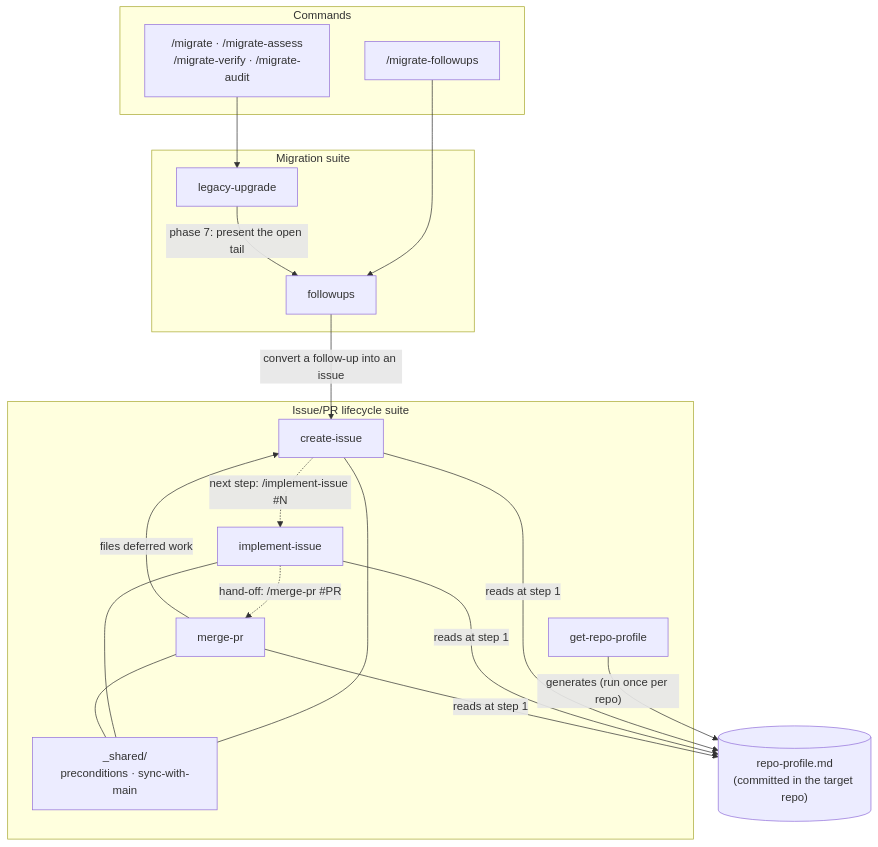
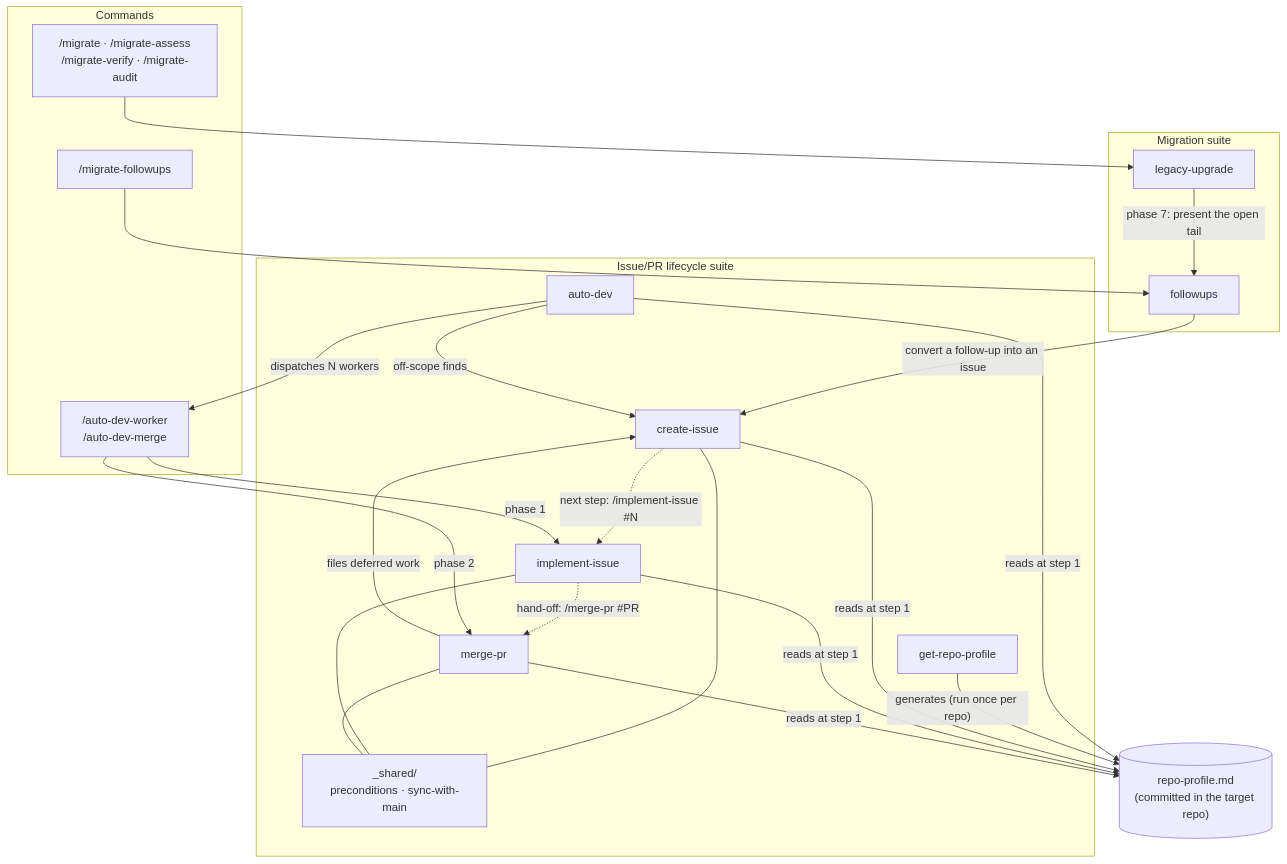
The first of 2 diagrams in ARCHITECTURE.md (phmatray/ai-migration-kit), drawn with Mermaid before and after one commit. The commit also changed other lines of this file and 21 other files, not shown here.

First line of the commit message:
feat(skills): add the auto-dev fleet supervisor and systematic-debugging (#173)

````diff
--- a/ARCHITECTURE.md
+++ b/ARCHITECTURE.md
@@ -14,37 +15,44 @@
 ```mermaid
 graph TD
     subgraph commands ["Commands"]
         M["/migrate · /migrate-assess<br>/migrate-verify · /migrate-audit"]
         MF["/migrate-followups"]
+        AW["/auto-dev-worker<br>/auto-dev-merge"]
     end
 
     subgraph migration ["Migration suite"]
         LU[legacy-upgrade]
         FU[followups]
     end
 
     subgraph lifecycle ["Issue/PR lifecycle suite"]
+        AD[auto-dev]
         CI[create-issue]
         II[implement-issue]
         MP[merge-pr]
         RP[get-repo-profile]
         SH["_shared/<br>preconditions · sync-with-main"]
     end
 
     PROF[("repo-profile.md<br>(committed in the target repo)")]
 
     M --> LU
     MF --> FU
     LU -- "phase 7: present the open tail" --> FU
     FU -- "convert a follow-up into an issue" --> CI
     CI -. "next step: /implement-issue #N" .-> II
     II -. "hand-off: /merge-pr #PR" .-> MP
     MP -- "files deferred work" --> CI
+    AD -- "dispatches N workers" --> AW
+    AW -- "phase 1" --> II
+    AW -- "phase 2" --> MP
+    AD -- "off-scope finds" --> CI
+    AD -- "reads at step 1" --> PROF
     RP -- "generates (run once per repo)" --> PROF
     CI -- "reads at step 1" --> PROF
     II -- "reads at step 1" --> PROF
     MP -- "reads at step 1" --> PROF
     CI --- SH
     II --- SH
     MP --- SH
 ```
````
